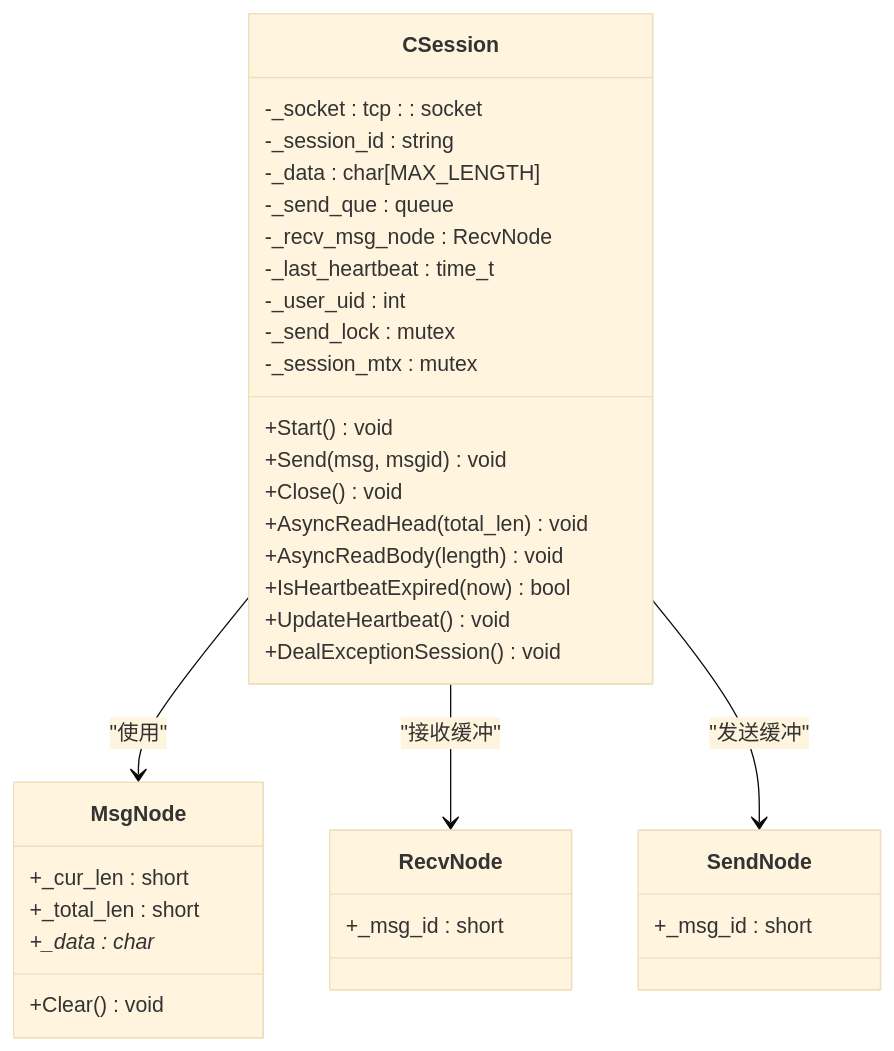
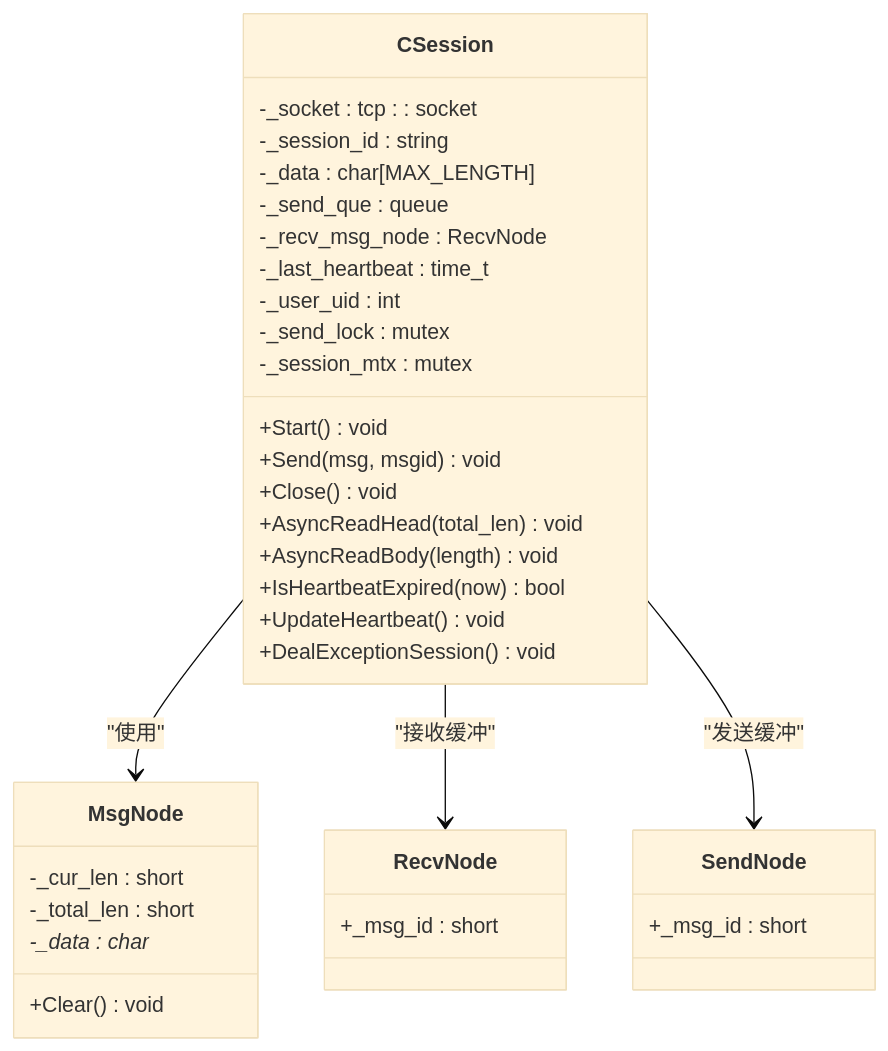
Before and after one commit to echo9923/mychatter: the seventh of 8 diagrams in .qoder/repowiki/zh/content/性能优化/网络通信优化/连接池管理.md, drawn with Mermaid (base theme). The commit also changed other lines of this file and 107 other files, not shown here.

````diff
--- a/.qoder/repowiki/zh/content/性能优化/网络通信优化/连接池管理.md
+++ b/.qoder/repowiki/zh/content/性能优化/网络通信优化/连接池管理.md
@@ -226,37 +364,37 @@
 ```mermaid
 classDiagram
 class CSession {
 +Start() void
 +Send(msg, msgid) void
 +Close() void
 +AsyncReadHead(total_len) void
 +AsyncReadBody(length) void
 +IsHeartbeatExpired(now) bool
 +UpdateHeartbeat() void
 +DealExceptionSession() void
 -_socket : tcp : : socket
 -_session_id : string
 -_data : char[MAX_LENGTH]
 -_send_que : queue<SendNode>
 -_recv_msg_node : RecvNode
 -_last_heartbeat : time_t
 -_user_uid : int
 -_send_lock : mutex
 -_session_mtx : mutex
 }
 class MsgNode {
 +Clear() void
-+_cur_len : short
-+_total_len : short
-+_data : char*
+-_cur_len : short
+-_total_len : short
+-_data : char*
 }
 class RecvNode {
 +_msg_id : short
 }
 class SendNode {
 +_msg_id : short
 }
 CSession --> MsgNode : "使用"
 CSession --> RecvNode : "接收缓冲"
 CSession --> SendNode : "发送缓冲"
 ```
````
